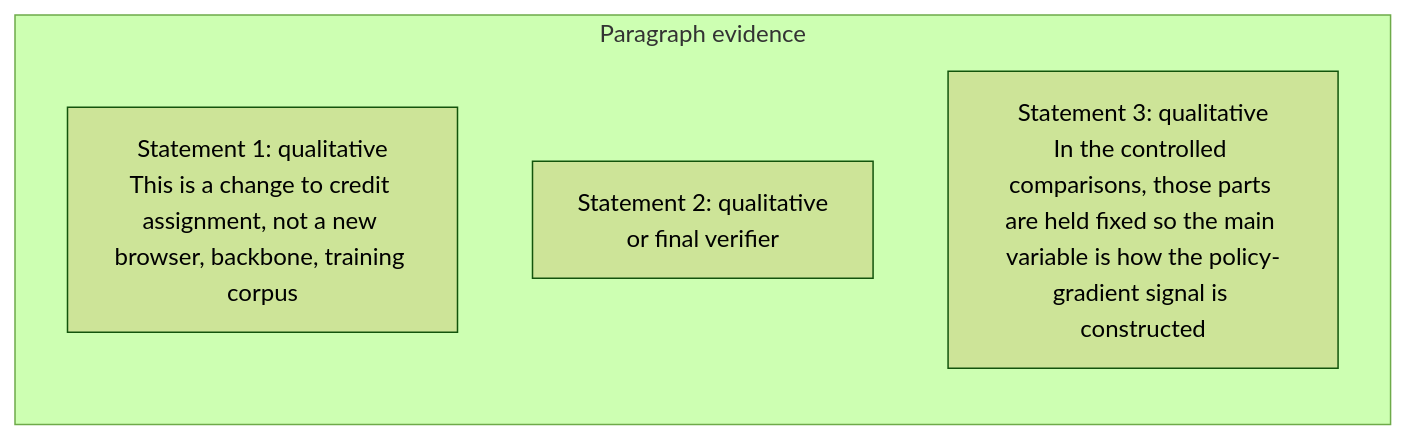
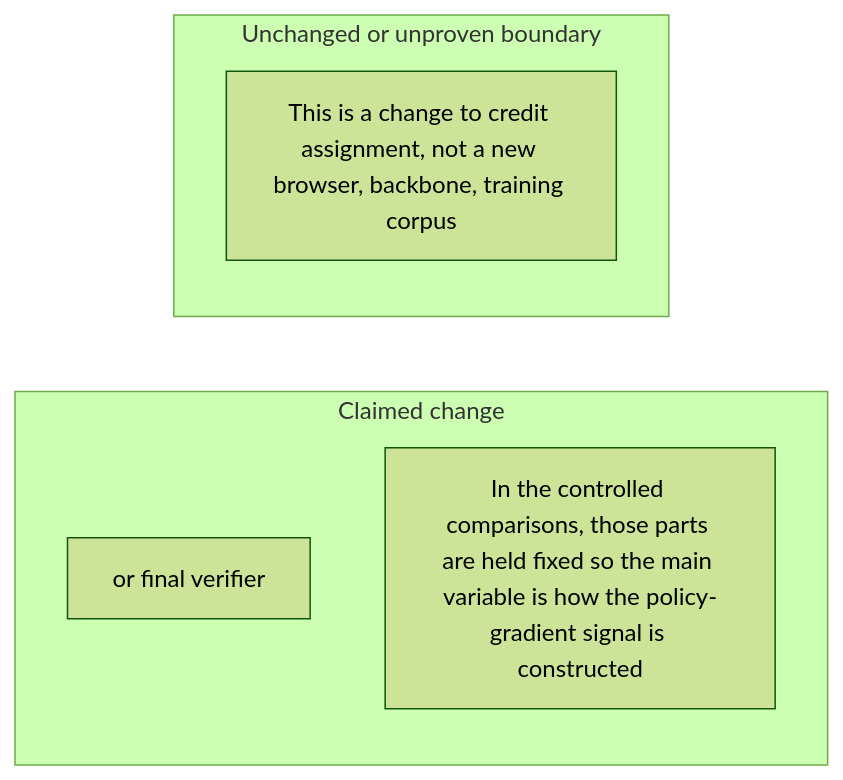
One commit to Betancourt1/paper_atlas changed the tenth of 48 diagrams in docs/visual-manifests/VISUAL_MANIFEST_TRACE.md. Above: the diagram before and after it, drawn with Mermaid (forest theme). The commit also changed other lines of this file and 7 other files, not shown here.

````diff
--- a/docs/visual-manifests/VISUAL_MANIFEST_TRACE.md
+++ b/docs/visual-manifests/VISUAL_MANIFEST_TRACE.md
@@ -750,8 +816,10 @@
 ```mermaid
 flowchart LR
-  subgraph p1["Paragraph evidence"]
-    p1r1["Statement 1: qualitative<br/>This is a change to credit assignment, not a new browser, backbone, training corpus"]
-    p1r2["Statement 2: qualitative<br/>or final verifier"]
-    p1r3["Statement 3: qualitative<br/>In the controlled comparisons, those parts are held fixed so the main variable is how the policy-gradient signal is constructed"]
+  subgraph g1["Claimed change"]
+    g1i1["or final verifier"]
+    g1i2["In the controlled comparisons, those parts are held fixed so the main variable is how the policy-gradient signal is constructed"]
+  end
+  subgraph g2["Unchanged or unproven boundary"]
+    g2i1["This is a change to credit assignment, not a new browser, backbone, training corpus"]
   end
 ```
````
